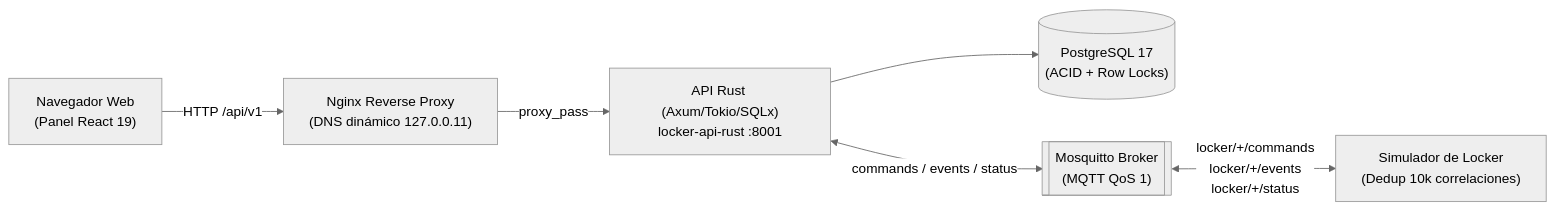
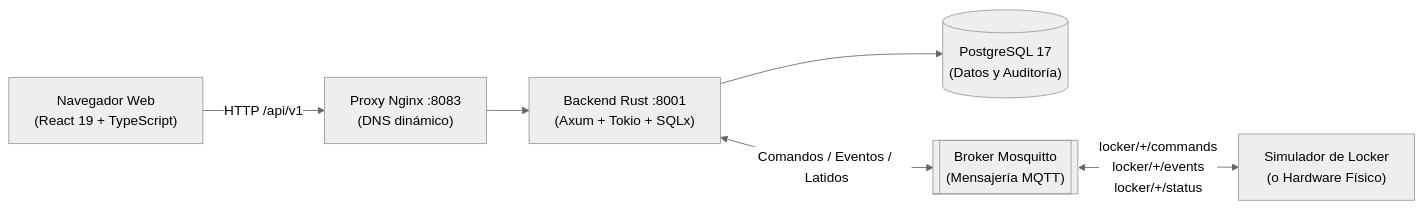
Before and after one commit to mateoschreiber/locker: the second of 2 diagrams in README.md, drawn with Mermaid (neutral theme). The commit also changed other lines of this file, not shown here.

````diff
--- a/README.md
+++ b/README.md
@@ -33,15 +116,15 @@
 ```mermaid
 flowchart LR
-    Browser["Navegador Web<br/>(Panel React 19)"]
-    Nginx["Nginx Reverse Proxy<br/>(DNS dinámico 127.0.0.11)"]
-    ApiRs["API Rust (Axum/Tokio/SQLx)<br/>locker-api-rust :8001"]
-    PG[("PostgreSQL 17<br/>(ACID + Row Locks)")]
-    MQTT[["Mosquitto Broker<br/>(MQTT QoS 1)"]]
-    Sim["Simulador de Locker<br/>(Dedup 10k correlaciones)"]
+    Browser["Navegador Web<br/>(React 19 + TypeScript)"]
+    Nginx["Proxy Nginx :8083<br/>(DNS dinámico)"]
+    ApiRs["Backend Rust :8001<br/>(Axum + Tokio + SQLx)"]
+    PG[("PostgreSQL 17<br/>(Datos y Auditoría)")]
+    MQTT[["Broker Mosquitto<br/>(Mensajería MQTT)"]]
+    Sim["Simulador de Locker<br/>(o Hardware Físico)"]
 
     Browser -->|HTTP /api/v1| Nginx
-    Nginx -->|proxy_pass| ApiRs
+    Nginx --> ApiRs
     ApiRs --> PG
-    ApiRs <-->|commands / events / status| MQTT
+    ApiRs <-->|Comandos / Eventos / Latidos| MQTT
     MQTT <-->|locker/+/commands<br/>locker/+/events<br/>locker/+/status| Sim
 ```
````
